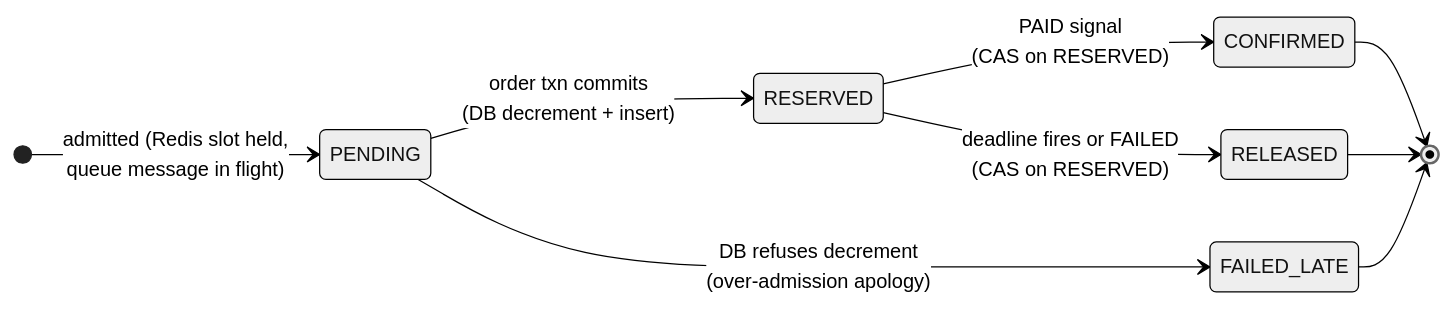
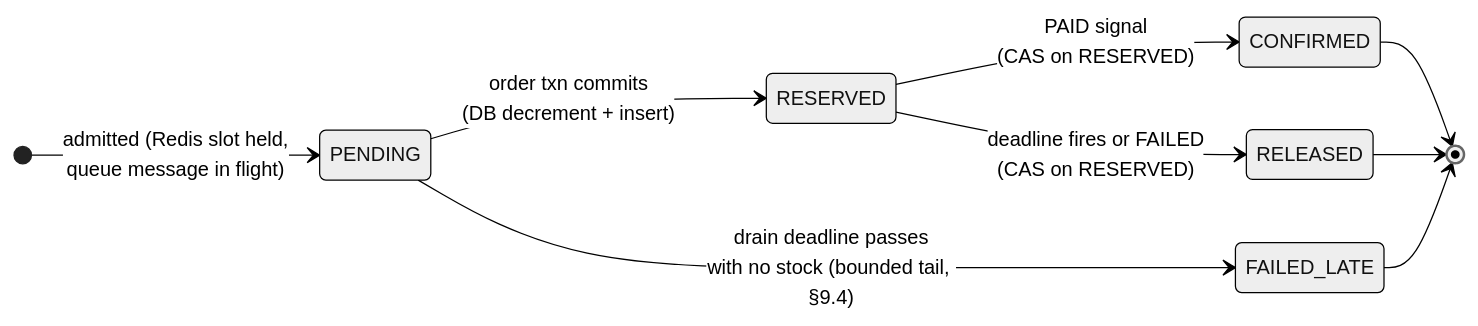
One commit to quannh0308/SystemDesignDeepDives changed the first of 7 diagrams in flash-sale-inventory/docs/hld.md. Above: the diagram before and after it, drawn with Mermaid (neutral theme). The commit also changed other lines of this file and 2 other files, not shown here.

Commit message:
flash-sale-inventory: §9 deep dives (11) + §10 final whiteboard with buy-attempt narration; waiting-lane semantics for zero-stock

````diff
--- a/flash-sale-inventory/docs/hld.md
+++ b/flash-sale-inventory/docs/hld.md
@@ -124,12 +124,12 @@
 ```mermaid
 stateDiagram-v2
     direction LR
     [*] --> PENDING: admitted (Redis slot held,<br/>queue message in flight)
     PENDING --> RESERVED: order txn commits<br/>(DB decrement + insert)
-    PENDING --> FAILED_LATE: DB refuses decrement<br/>(over-admission apology)
+    PENDING --> FAILED_LATE: drain deadline passes<br/>with no stock (bounded tail, §9.4)
     RESERVED --> CONFIRMED: PAID signal<br/>(CAS on RESERVED)
     RESERVED --> RELEASED: deadline fires or FAILED<br/>(CAS on RESERVED)
     CONFIRMED --> [*]
     RELEASED --> [*]
     FAILED_LATE --> [*]
 ```
````
